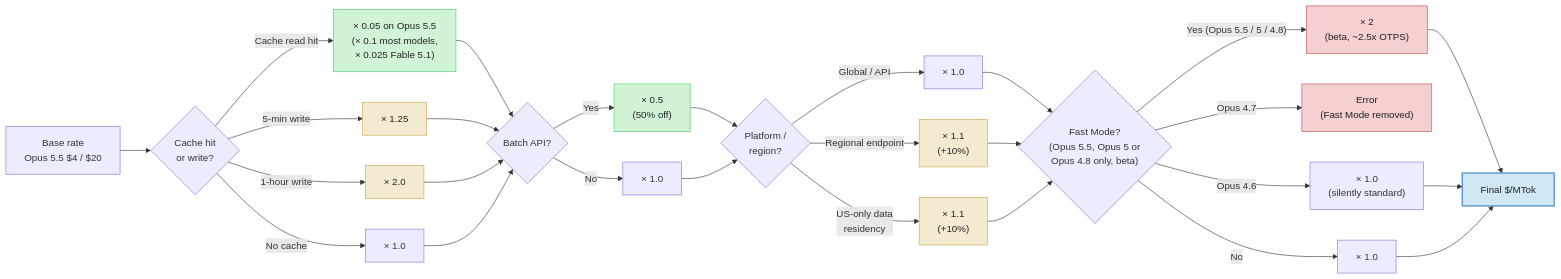
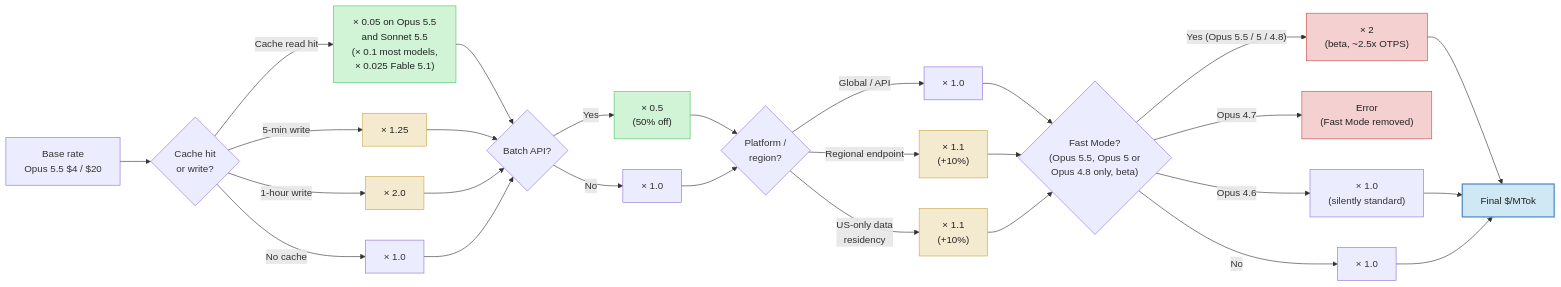
One commit to Sagargupta16/claude-cost-optimizer changed the fifth of 5 diagrams in guides/diagrams.md. Above: the diagram before and after it, drawn with Mermaid. The commit also changed other lines of this file and 52 other files, not shown here.

````diff
--- a/guides/diagrams.md
+++ b/guides/diagrams.md
@@ -232,47 +237,47 @@
 ```mermaid
 flowchart LR
     base["Base rate<br/>Opus 5.5 $4 / $20"] --> cache{"Cache hit<br/>or write?"}
 
-    cache -- "Cache read hit" --> cacheRead["× 0.05 on Opus 5.5<br/>(× 0.1 most models,<br/>× 0.025 Fable 5.1)"]
+    cache -- "Cache read hit" --> cacheRead["× 0.05 on Opus 5.5<br/>and Sonnet 5.5<br/>(× 0.1 most models,<br/>× 0.025 Fable 5.1)"]
     cache -- "5-min write" --> write5m["× 1.25"]
     cache -- "1-hour write" --> write1h["× 2.0"]
     cache -- "No cache" --> normal["× 1.0"]
 
     cacheRead --> batch{"Batch API?"}
     write5m --> batch
     write1h --> batch
     normal --> batch
 
     batch -- "Yes" --> batchYes["× 0.5<br/>(50% off)"]
     batch -- "No" --> batchNo["× 1.0"]
 
     batchYes --> region{"Platform /<br/>region?"}
     batchNo --> region
 
     region -- "Global / API" --> regGlobal["× 1.0"]
     region -- "Regional endpoint" --> regRegional["× 1.1<br/>(+10%)"]
     region -- "US-only data<br/>residency" --> regData["× 1.1<br/>(+10%)"]
 
     regGlobal --> fast{"Fast Mode?<br/>(Opus 5.5, Opus 5 or<br/>Opus 4.8 only, beta)"}
     regRegional --> fast
     regData --> fast
 
     fast -- "Yes (Opus 5.5 / 5 / 4.8)" --> fastYes["× 2<br/>(beta, ~2.5x OTPS)"]
     fast -- "Opus 4.7" --> fastErr["Error<br/>(Fast Mode removed)"]
     fast -- "Opus 4.6" --> fastSilent["× 1.0<br/>(silently standard)"]
     fast -- "No" --> fastNo["× 1.0"]
 
     fastYes --> final["Final $/MTok"]
     fastSilent --> final
     fastNo --> final
 
     classDef discount fill:#d0f4d5,stroke:#4ac96a,color:#222
     classDef premium fill:#f4ead0,stroke:#c9a84a,color:#222
     classDef expensive fill:#f4d0d0,stroke:#c94a4a,color:#222
     classDef result fill:#d0e8f4,stroke:#4a8ac9,stroke-width:2px,color:#222
 
     class cacheRead,batchYes discount
     class write5m,write1h,regRegional,regData premium
     class fastYes,fastErr expensive
     class final result
 ```
````
